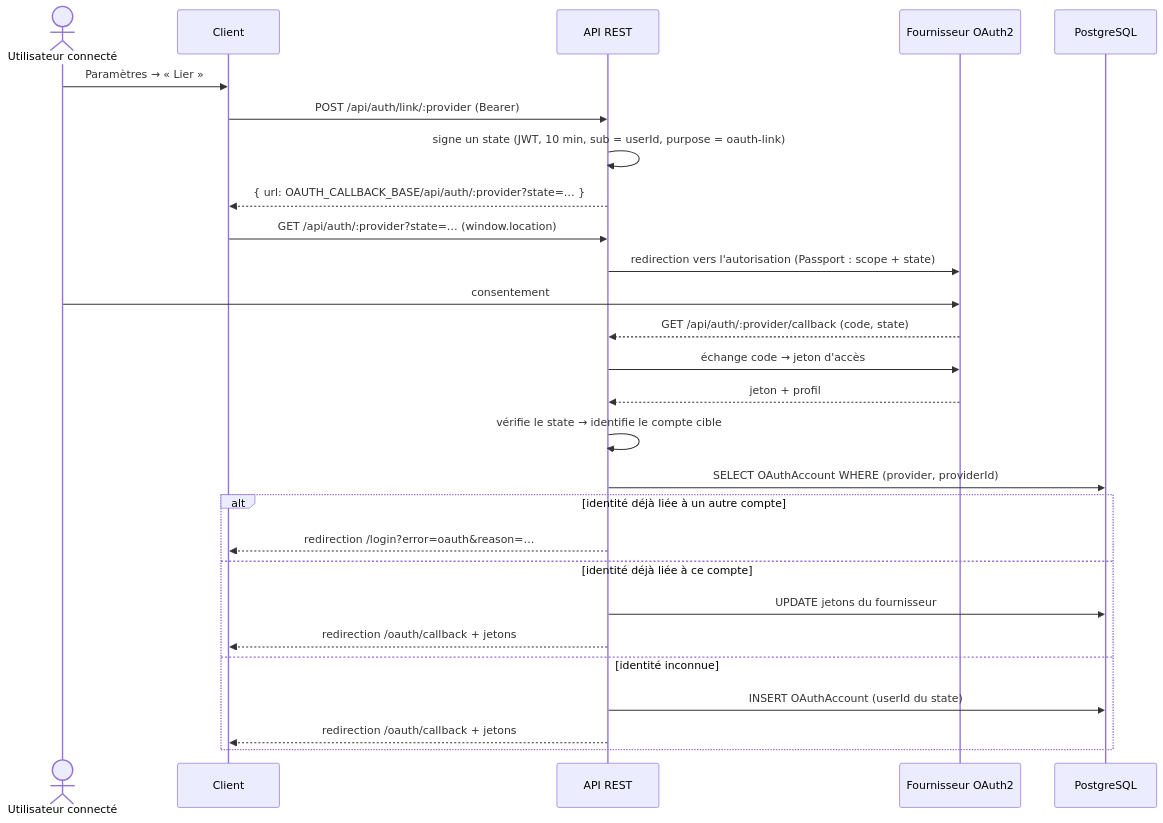
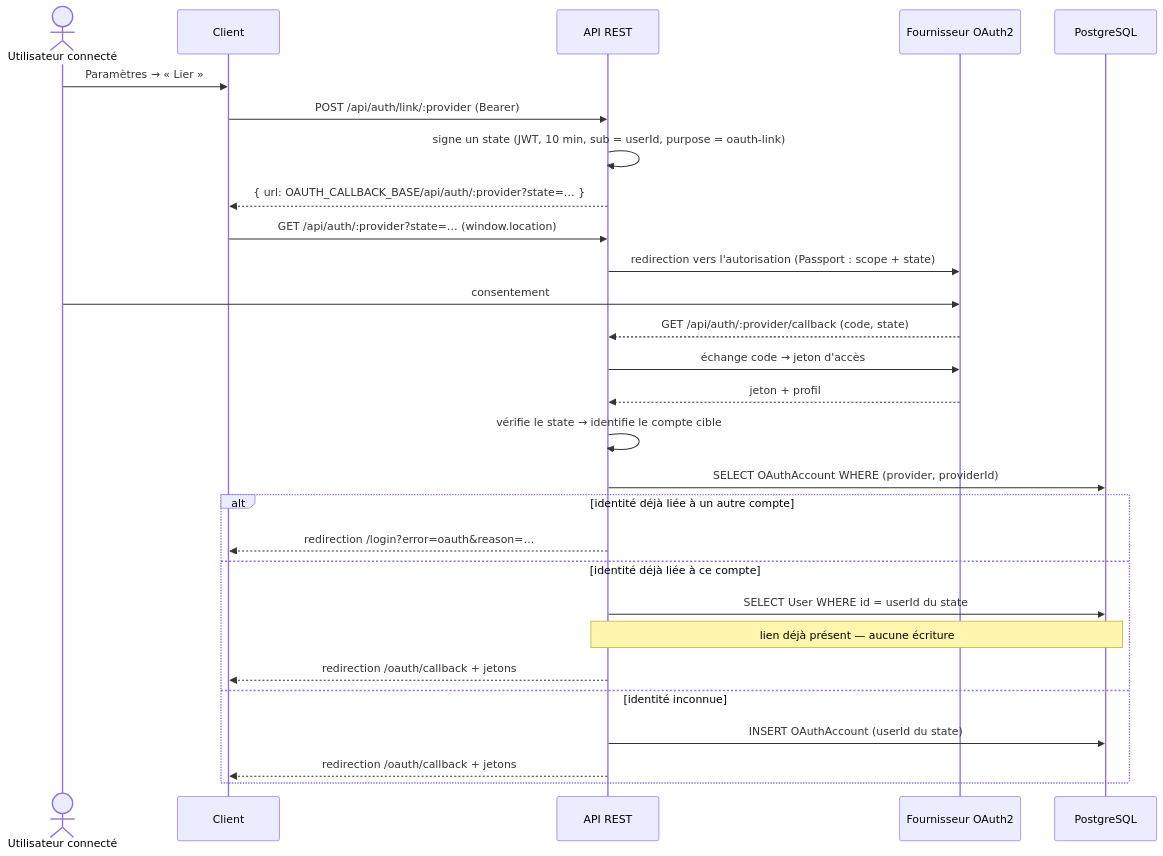
One commit to assurleaddev/supmeal changed the fourth of 10 diagrams in docs/documentation-technique.md. Above: the diagram before and after it, drawn with Mermaid. The commit also changed other lines of this file and 2 other files, not shown here.

````diff
--- a/docs/documentation-technique.md
+++ b/docs/documentation-technique.md
@@ -678,32 +696,33 @@
 ```mermaid
 sequenceDiagram
     actor U as Utilisateur connecté
     participant C as Client
     participant A as API REST
     participant P as Fournisseur OAuth2
     participant D as PostgreSQL
 
     U->>C: Paramètres → « Lier »
     C->>A: POST /api/auth/link/:provider (Bearer)
     A->>A: signe un state (JWT, 10 min, sub = userId, purpose = oauth-link)
     A-->>C: { url: OAUTH_CALLBACK_BASE/api/auth/:provider?state=… }
     C->>A: GET /api/auth/:provider?state=… (window.location)
     A->>P: redirection vers l'autorisation (Passport : scope + state)
 
     U->>P: consentement
     P-->>A: GET /api/auth/:provider/callback (code, state)
     A->>P: échange code → jeton d'accès
     P-->>A: jeton + profil
     A->>A: vérifie le state → identifie le compte cible
     A->>D: SELECT OAuthAccount WHERE (provider, providerId)
 
     alt identité déjà liée à un autre compte
         A-->>C: redirection /login?error=oauth&reason=…
     else identité déjà liée à ce compte
-        A->>D: UPDATE jetons du fournisseur
+        A->>D: SELECT User WHERE id = userId du state
+        Note over A,D: lien déjà présent — aucune écriture
         A-->>C: redirection /oauth/callback + jetons
     else identité inconnue
         A->>D: INSERT OAuthAccount (userId du state)
         A-->>C: redirection /oauth/callback + jetons
     end
 ```
````
